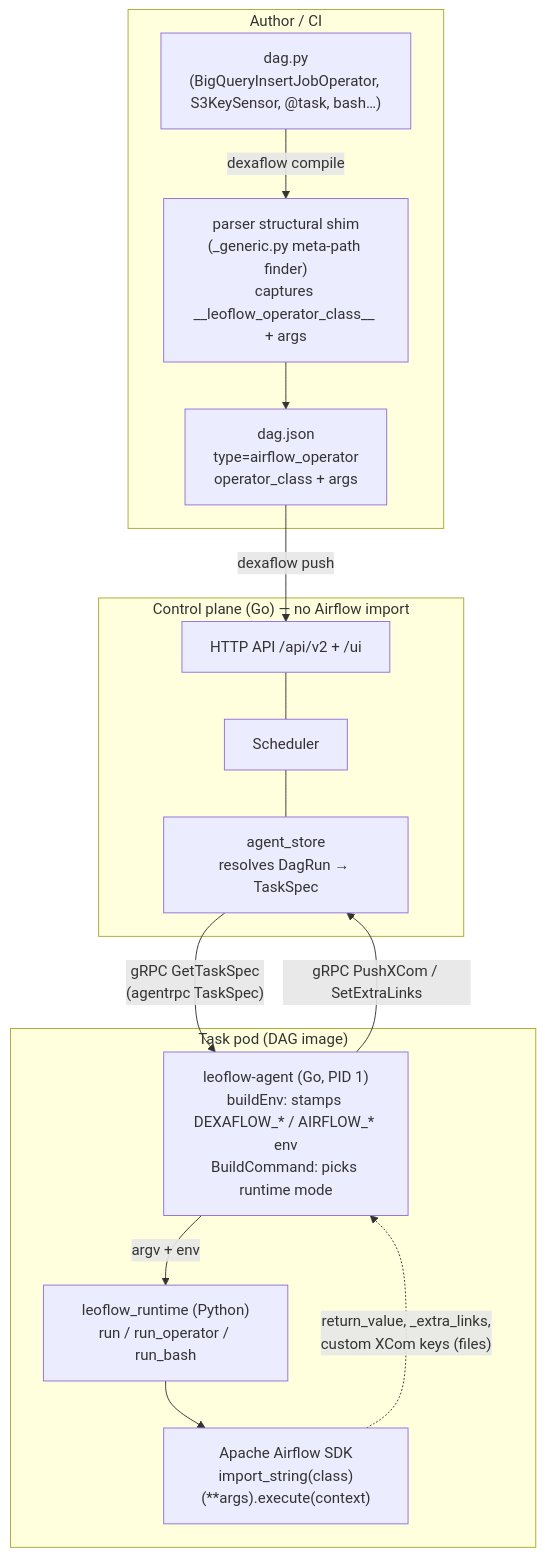
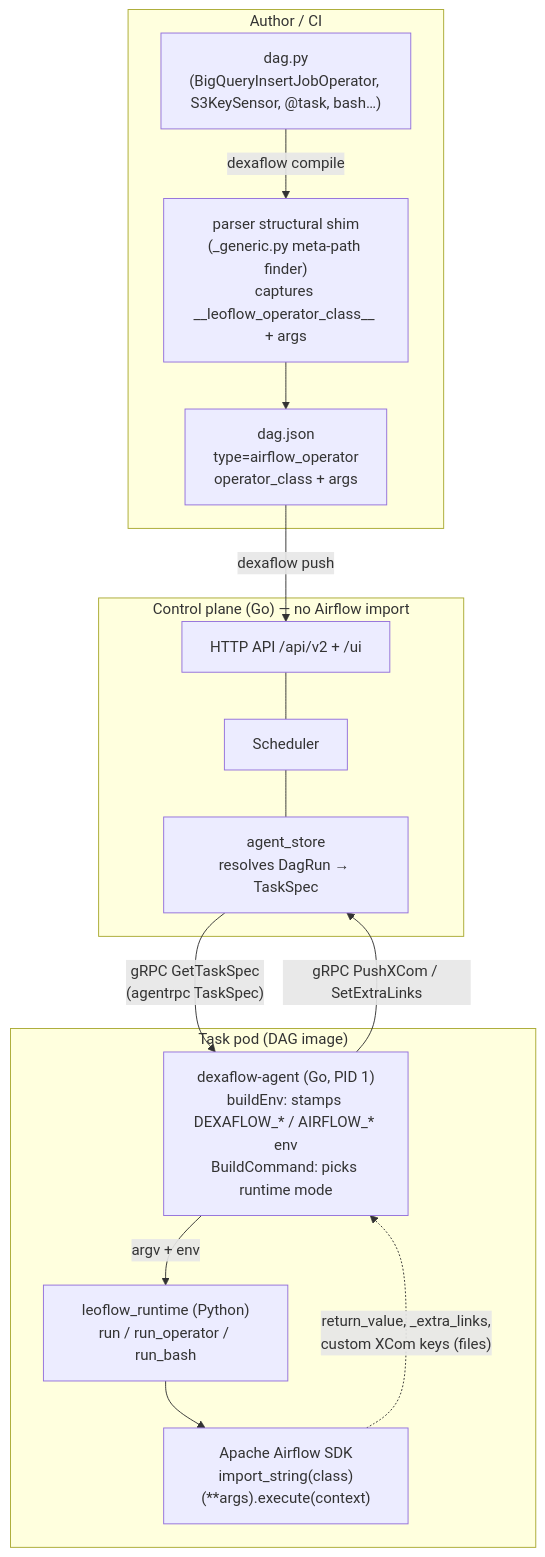
Before and after one commit to dexadata/dexaflow: the diagram in website/content/author-dags/operators-sensors.md, drawn with Mermaid. The commit also changed other lines of this file and 67 other files, not shown here.

````diff
--- a/website/content/author-dags/operators-sensors.md
+++ b/website/content/author-dags/operators-sensors.md
@@ -39,30 +39,30 @@
 ```mermaid
 flowchart TB
   subgraph Dev["Author / CI"]
     DAG["dag.py<br/>(BigQueryInsertJobOperator, S3KeySensor, @task, bash…)"]
     SHIM["parser structural shim<br/>(_generic.py meta-path finder)<br/>captures __leoflow_operator_class__ + args"]
     DJ["dag.json<br/>type=airflow_operator<br/>operator_class + args"]
     DAG -->|dexaflow compile| SHIM --> DJ
   end
 
   DJ -->|dexaflow push| API
 
   subgraph CP["Control plane (Go) — no Airflow import"]
     API["HTTP API /api/v2 + /ui"]
     SCH["Scheduler"]
     STORE["agent_store<br/>resolves DagRun → TaskSpec"]
     API --- SCH --- STORE
   end
 
   STORE -->|"gRPC GetTaskSpec<br/>(agentrpc TaskSpec)"| AGENT
 
   subgraph POD["Task pod (DAG image)"]
-    AGENT["leoflow-agent (Go, PID 1)<br/>buildEnv: stamps DEXAFLOW_* / AIRFLOW_* env<br/>BuildCommand: picks runtime mode"]
+    AGENT["dexaflow-agent (Go, PID 1)<br/>buildEnv: stamps DEXAFLOW_* / AIRFLOW_* env<br/>BuildCommand: picks runtime mode"]
     RT["leoflow_runtime (Python)<br/>run / run_operator / run_bash"]
     SDK["Apache Airflow SDK<br/>import_string(class)(**args).execute(context)"]
     AGENT -->|"argv + env"| RT --> SDK
   end
 
   SDK -.->|"return_value, _extra_links,<br/>custom XCom keys (files)"| AGENT
   AGENT -->|"gRPC PushXCom / SetExtraLinks"| STORE
 ```
````
